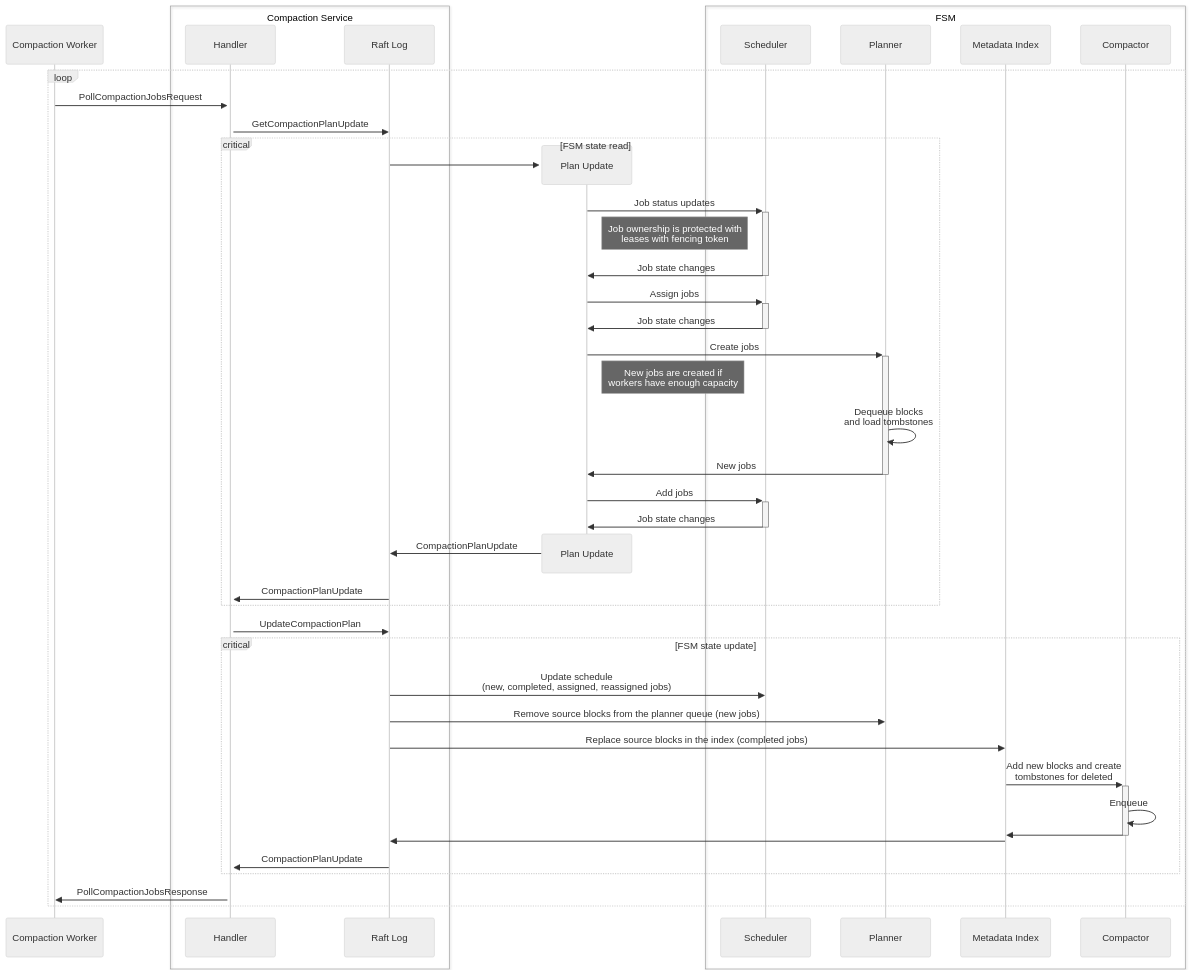
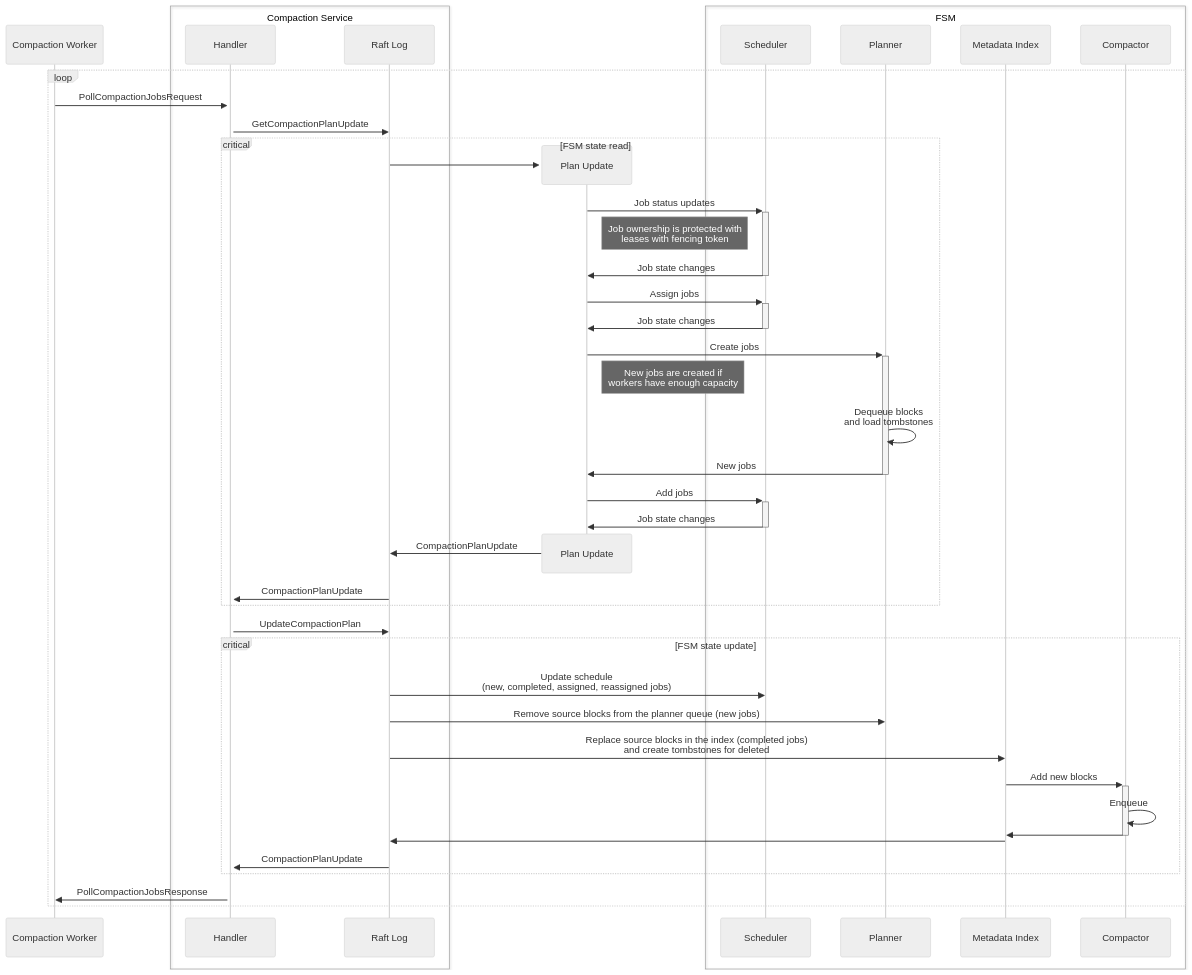
Before and after one commit to grafana/pyroscope: the first of 2 diagrams in pkg/experiment/metastore/compaction/README.md, drawn with Mermaid (neutral theme). The commit also changed 28 other files, not shown here.

````diff
--- a/pkg/experiment/metastore/compaction/README.md
+++ b/pkg/experiment/metastore/compaction/README.md
@@ -39,57 +39,57 @@
 ```mermaid
 sequenceDiagram
     participant W as Compaction Worker
 
     box Compaction Service
         participant H as Handler
         participant R as Raft Log
     end
 
 loop
 
     W ->>+H: PollCompactionJobsRequest
     H ->>R: GetCompactionPlanUpdate
 
     critical FSM state read
         create participant U as Plan Update
         R ->>U: 
         U ->>+S: Job status updates
         Note right of U: Job ownership is protected with<br>leases with fencing token
         S ->>-U: Job state changes
         U ->>+S: Assign jobs
         S ->>-U: Job state changes
         U ->>+P: Create jobs
         Note right of U: New jobs are created if<br>workers have enough capacity
         P ->>P: Dequeue blocks<br>and load tombstones
         P ->>-U: New jobs
         U ->>+S: Add jobs
         S ->>-U: Job state changes
         destroy U
         U ->>R: CompactionPlanUpdate
         R ->>H: CompactionPlanUpdate
     end
 
     H ->>R: UpdateCompactionPlan
 
     critical FSM state update
         R ->>S: Update schedule<br>(new, completed, assigned, reassigned jobs)
         R ->>P: Remove source blocks from the planner queue (new jobs)
-        R ->>I: Replace source blocks in the index (completed jobs)
-        I ->>+C: Add new blocks and create<br>tombstones for deleted
+        R ->>I: Replace source blocks in the index (completed jobs)<br>and create tombstones for deleted
+        I ->>+C: Add new blocks
         C ->>C: Enqueue
         C ->>-I: 
         I ->>R: 
         R ->>H: CompactionPlanUpdate
     end
 
     H ->> W: PollCompactionJobsResponse
 
 end
 
     box FSM
         participant C as Compactor
         participant P as Planner
         participant S as Scheduler
         participant I as Metadata Index
     end
 ```
````
